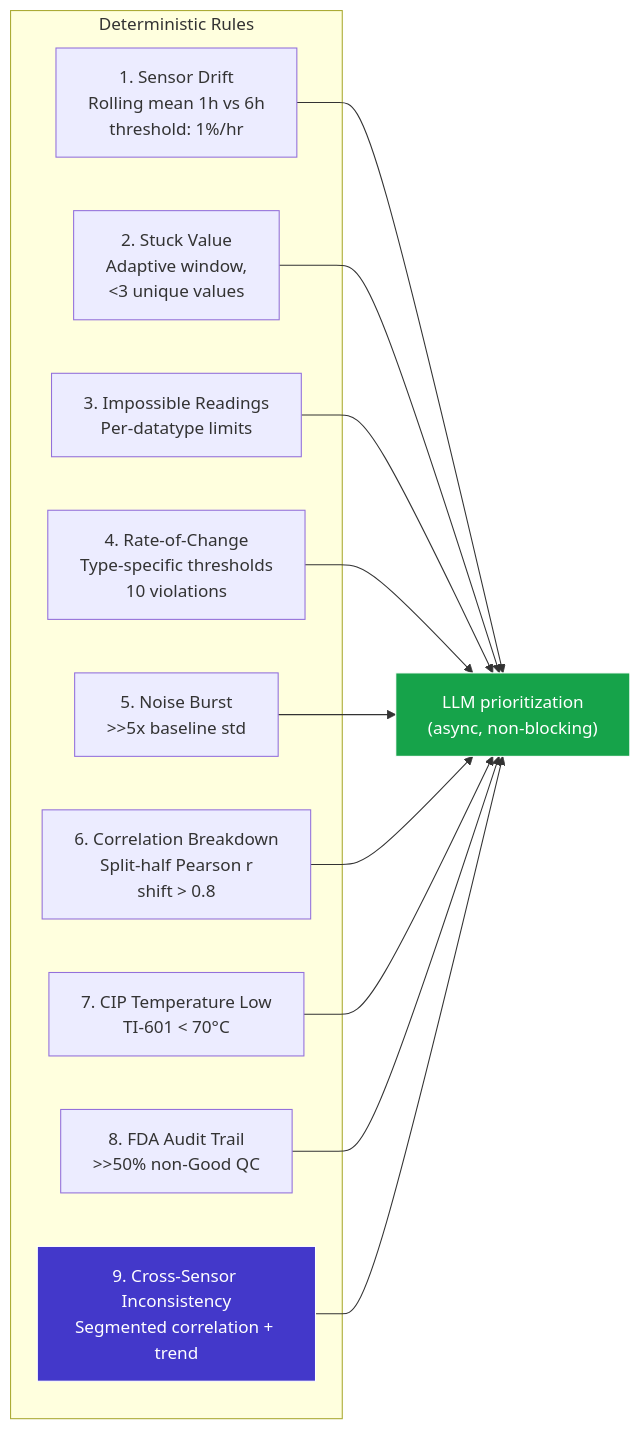
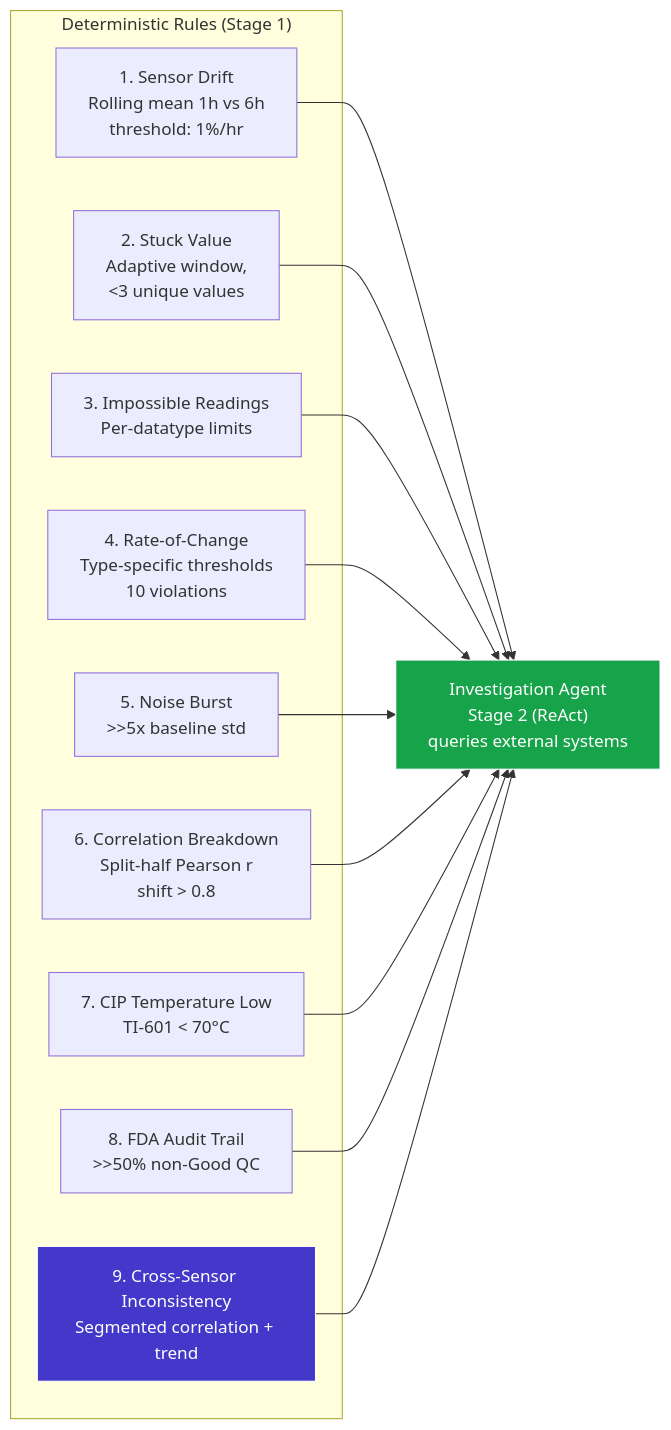
The fourth of 11 diagrams in ARCHITECTURE.md (sajanyerra/pharma-data-integrity-inspector), drawn with Mermaid before and after one commit. The commit also changed other lines of this file and 19 other files, not shown here.

First line of the commit message:
feat: 5-stage pipeline architecture with genuine ReAct Investigation Agent

````diff
--- a/ARCHITECTURE.md
+++ b/ARCHITECTURE.md
@@ -168,27 +180,27 @@
 ```mermaid
 graph LR
-    subgraph RuleBased ["Deterministic Rules"]
+    subgraph RuleBased ["Deterministic Rules (Stage 1)"]
         C1["1. Sensor Drift<br/>Rolling mean 1h vs 6h<br/>threshold: 1%/hr"]
         C2["2. Stuck Value<br/>Adaptive window,<br/>&lt;3 unique values"]
         C3["3. Impossible Readings<br/>Per-datatype limits"]
         C4["4. Rate-of-Change<br/>Type-specific thresholds<br/>10 violations"]
         C5["5. Noise Burst<br/>>&gt;5x baseline std"]
         C6["6. Correlation Breakdown<br/>Split-half Pearson r<br/>shift > 0.8"]
         C7["7. CIP Temperature Low<br/>TI-601 &lt; 70°C"]
         C8["8. FDA Audit Trail<br/>>&gt;50% non-Good QC"]
         C9["9. Cross-Sensor Inconsistency<br/>Segmented correlation + trend"]
     end
 
-    C1 --> LLM["LLM prioritization<br/>(async, non-blocking)"]
-    C2 --> LLM
-    C3 --> LLM
-    C4 --> LLM
-    C5 --> LLM
-    C6 --> LLM
-    C7 --> LLM
-    C8 --> LLM
-    C9 --> LLM
+    C1 --> Inv["Investigation Agent<br/>Stage 2 (ReAct)<br/>queries external systems"]
+    C2 --> Inv
+    C3 --> Inv
+    C4 --> Inv
+    C5 --> Inv
+    C6 --> Inv
+    C7 --> Inv
+    C8 --> Inv
+    C9 --> Inv
 
     style C9 fill:#4338ca,stroke:#fff,color:#fff
-    style LLM fill:#16a34a,stroke:#fff,color:#fff
+    style Inv fill:#16a34a,stroke:#fff,color:#fff
 ```
````
